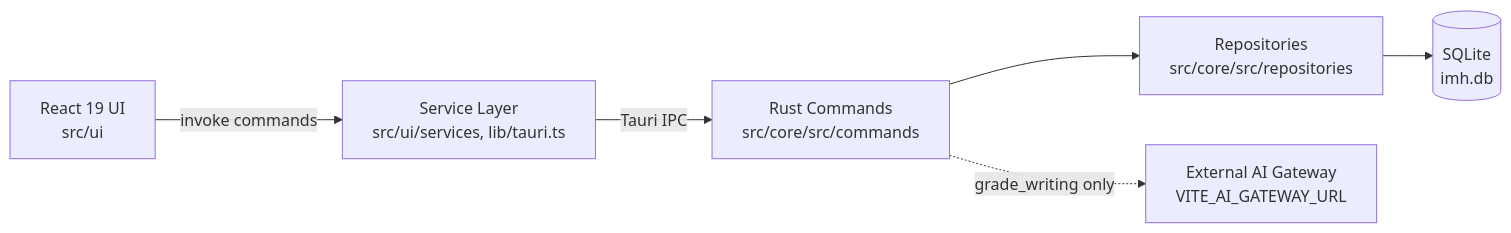
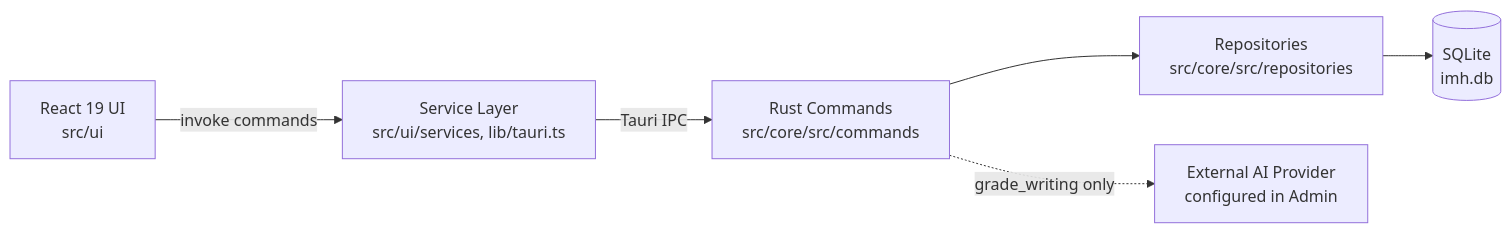
One commit to open-lingua/ielts-mastery-hub changed the diagram in website/docs/internals/architecture/overview.mdx. Above: the diagram before and after it, drawn with Mermaid. The commit also changed other lines of this file and 7 other files, not shown here.

````diff
--- a/website/docs/internals/architecture/overview.mdx
+++ b/website/docs/internals/architecture/overview.mdx
@@ -10,8 +10,8 @@
 ```mermaid
 graph LR
   UI[React 19 UI<br/>src/ui] -->|invoke commands| SVC[Service Layer<br/>src/ui/services, lib/tauri.ts]
   SVC -->|Tauri IPC| CMD[Rust Commands<br/>src/core/src/commands]
   CMD --> REPO[Repositories<br/>src/core/src/repositories]
   REPO --> DB[(SQLite<br/>imh.db)]
-  CMD -.grade_writing only.-> GW[External AI Gateway<br/>VITE_AI_GATEWAY_URL]
+  CMD -.grade_writing only.-> PROV[External AI Provider<br/>configured in Admin]
 ```
````
